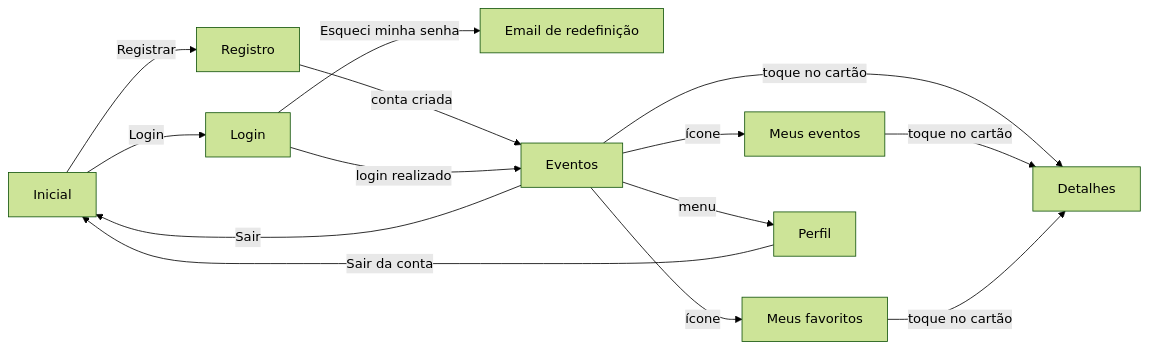
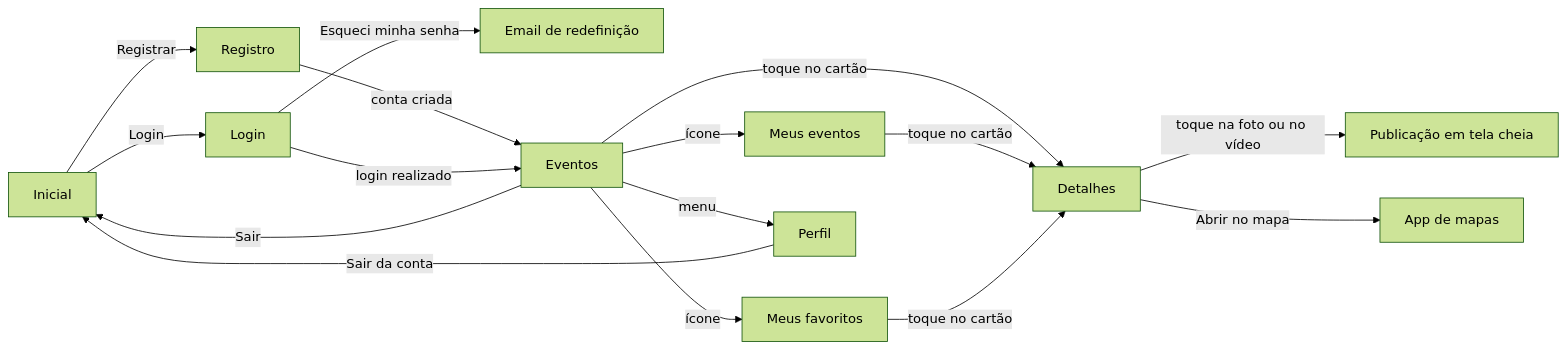
Before and after one commit to steph-zc/campus-hub: the first of 2 diagrams in README.md, drawn with Mermaid (forest theme). The commit also changed other lines of this file, not shown here.

````diff
--- a/README.md
+++ b/README.md
@@ -45,16 +55,18 @@
 ```mermaid
 flowchart LR
     Inicial -->|Registrar| Registro
     Inicial -->|Login| Login
     Login -->|Esqueci minha senha| Recuperacao[Email de redefinição]
     Registro -->|conta criada| Eventos
     Login -->|login realizado| Eventos
     Eventos -->|toque no cartão| Detalhes
     Eventos -->|ícone| MeusEventos[Meus eventos]
     Eventos -->|ícone| MeusFavoritos[Meus favoritos]
     Eventos -->|menu| Perfil
     MeusEventos -->|toque no cartão| Detalhes
     MeusFavoritos -->|toque no cartão| Detalhes
+    Detalhes -->|toque na foto ou no vídeo| TelaCheia[Publicação em tela cheia]
+    Detalhes -->|Abrir no mapa| AppMapas[App de mapas]
     Eventos -->|Sair| Inicial
     Perfil -->|Sair da conta| Inicial
 ```
````
